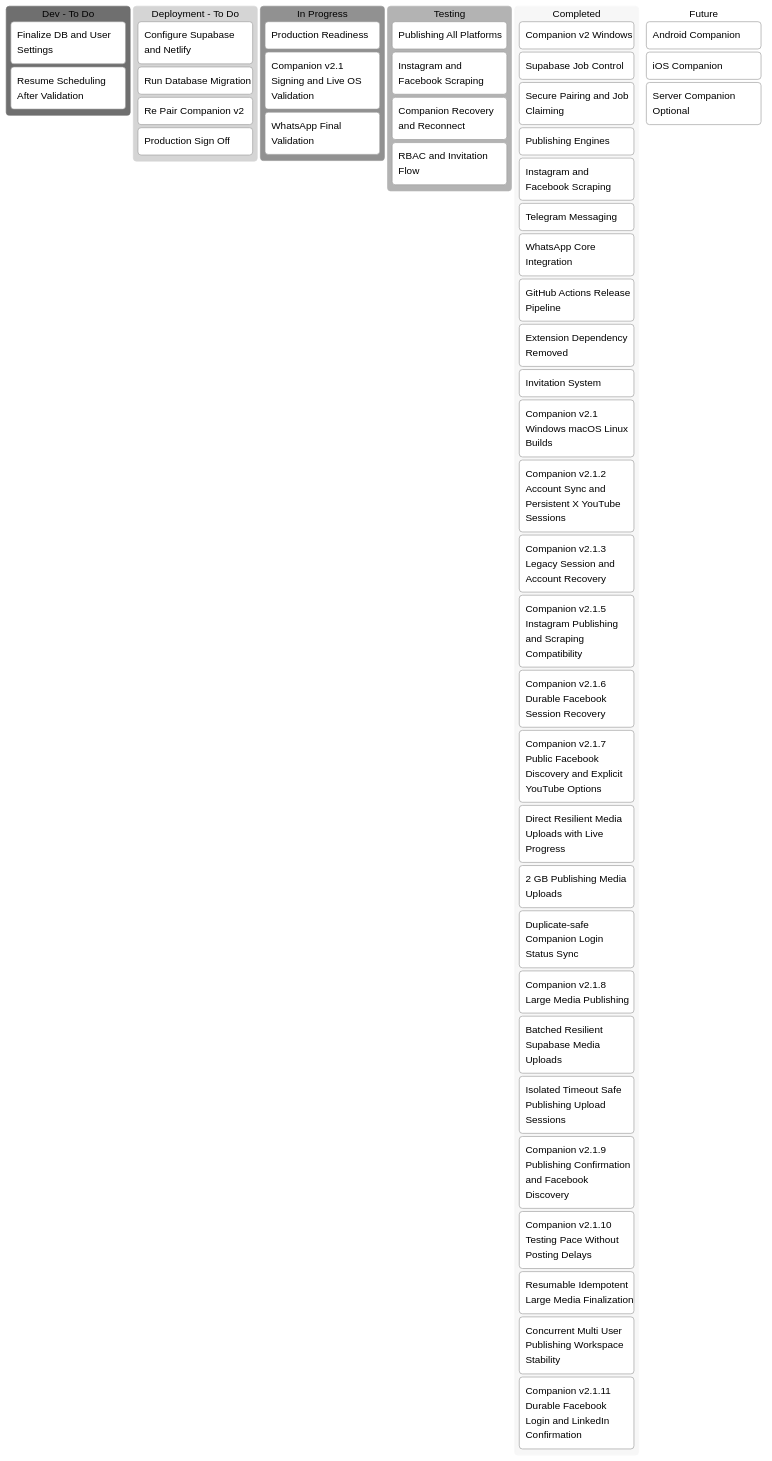
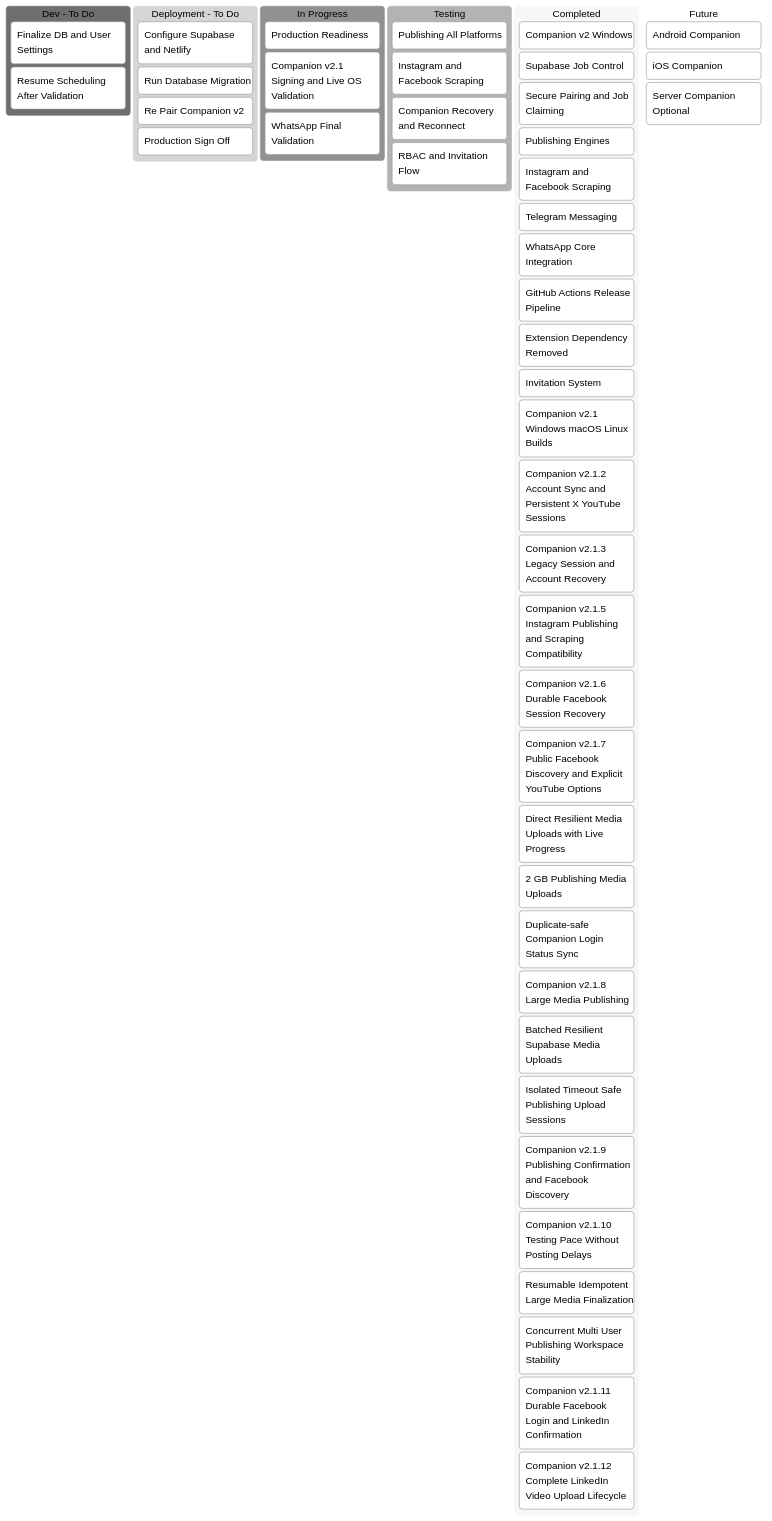
Before and after one commit to tinitiateprime/agentic-that: the first of 2 diagrams in agentic-that-project-tracker.md, drawn with Mermaid (neutral theme). The commit also changed 8 other files, not shown here.

Commit message:
fix: keep LinkedIn video uploads open

````diff
--- a/agentic-that-project-tracker.md
+++ b/agentic-that-project-tracker.md
@@ -5,57 +5,58 @@
 ```mermaid
 kanban
   devTodo[Dev - To Do]
     dev1[Finalize DB and User Settings]
     dev2[Resume Scheduling After Validation]
 
   deploymentTodo[Deployment - To Do]
     dep1[Configure Supabase and Netlify]
     dep2[Run Database Migration]
     dep3[Re Pair Companion v2]
     dep4[Production Sign Off]
 
   inProgress[In Progress]
     prog1[Production Readiness]
     prog2[Companion v2.1 Signing and Live OS Validation]
     prog3[WhatsApp Final Validation]
 
   testing[Testing]
     test1[Publishing All Platforms]
     test2[Instagram and Facebook Scraping]
     test3[Companion Recovery and Reconnect]
     test4[RBAC and Invitation Flow]
 
   completed[Completed]
     done1[Companion v2 Windows]
     done2[Supabase Job Control]
     done3[Secure Pairing and Job Claiming]
     done4[Publishing Engines]
     done5[Instagram and Facebook Scraping]
     done6[Telegram Messaging]
     done7[WhatsApp Core Integration]
     done8[GitHub Actions Release Pipeline]
     done9[Extension Dependency Removed]
     done10[Invitation System]
     done11[Companion v2.1 Windows macOS Linux Builds]
     done12[Companion v2.1.2 Account Sync and Persistent X YouTube Sessions]
     done13[Companion v2.1.3 Legacy Session and Account Recovery]
     done14[Companion v2.1.5 Instagram Publishing and Scraping Compatibility]
     done15[Companion v2.1.6 Durable Facebook Session Recovery]
     done16[Companion v2.1.7 Public Facebook Discovery and Explicit YouTube Options]
     done17[Direct Resilient Media Uploads with Live Progress]
     done18[2 GB Publishing Media Uploads]
     done19[Duplicate-safe Companion Login Status Sync]
     done20[Companion v2.1.8 Large Media Publishing]
     done21[Batched Resilient Supabase Media Uploads]
     done22[Isolated Timeout Safe Publishing Upload Sessions]
     done23[Companion v2.1.9 Publishing Confirmation and Facebook Discovery]
     done24[Companion v2.1.10 Testing Pace Without Posting Delays]
     done25[Resumable Idempotent Large Media Finalization]
     done26[Concurrent Multi User Publishing Workspace Stability]
     done27[Companion v2.1.11 Durable Facebook Login and LinkedIn Confirmation]
+    done28[Companion v2.1.12 Complete LinkedIn Video Upload Lifecycle]
 
   future[Future]
     future1[Android Companion]
     future2[iOS Companion]
     future3[Server Companion Optional]
 ```
````
